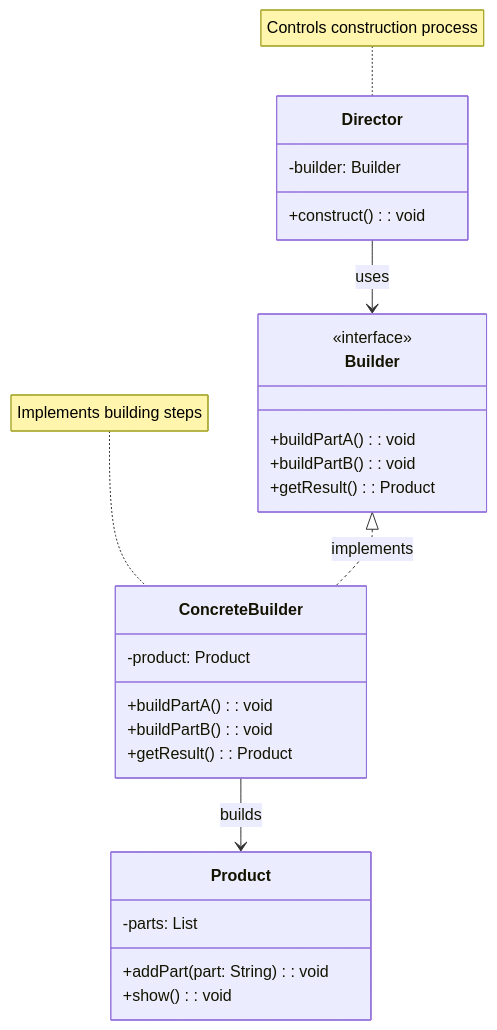
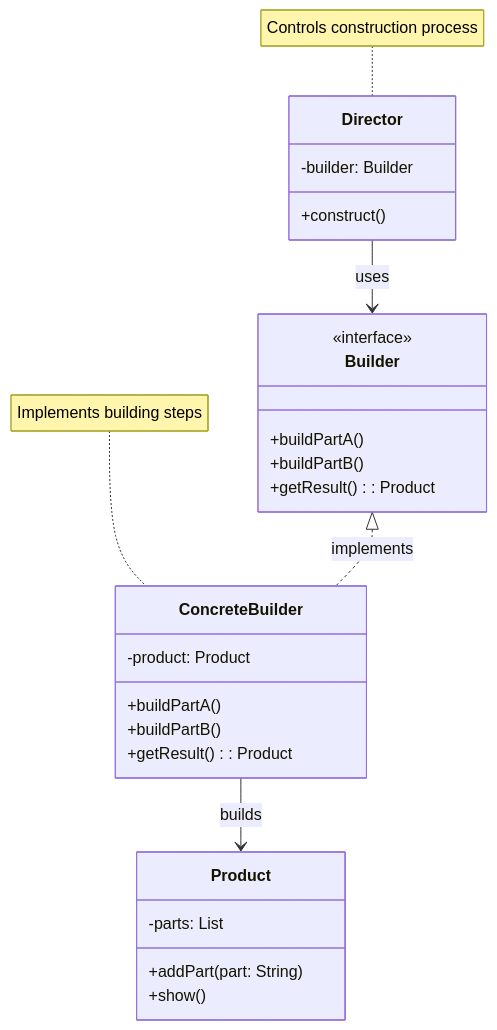
The first of 3 diagrams in resources/design-patterns/laravel/creational/builder_en.md (fanly/DesignPattern), drawn with Mermaid before and after one commit. The commit also changed 103 other files, not shown here.

````diff
--- a/resources/design-patterns/laravel/creational/builder_en.md
+++ b/resources/design-patterns/laravel/creational/builder_en.md
@@ -11,34 +11,34 @@
 ```mermaid
 classDiagram
     class Director {
         -builder: Builder
-        +construct(): void
+        +construct()
     }
     
     class Builder {
         <<interface>>
-        +buildPartA(): void
-        +buildPartB(): void
+        +buildPartA()
+        +buildPartB()
         +getResult(): Product
     }
     
     class ConcreteBuilder {
         -product: Product
-        +buildPartA(): void
-        +buildPartB(): void
+        +buildPartA()
+        +buildPartB()
         +getResult(): Product
     }
     
     class Product {
         -parts: List
-        +addPart(part: String): void
-        +show(): void
+        +addPart(part: String)
+        +show()
     }
     
     Director --> Builder : uses
     Builder <|.. ConcreteBuilder : implements
     ConcreteBuilder --> Product : builds
     
     note for Director "Controls construction process"
     note for ConcreteBuilder "Implements building steps"
 ```
````
